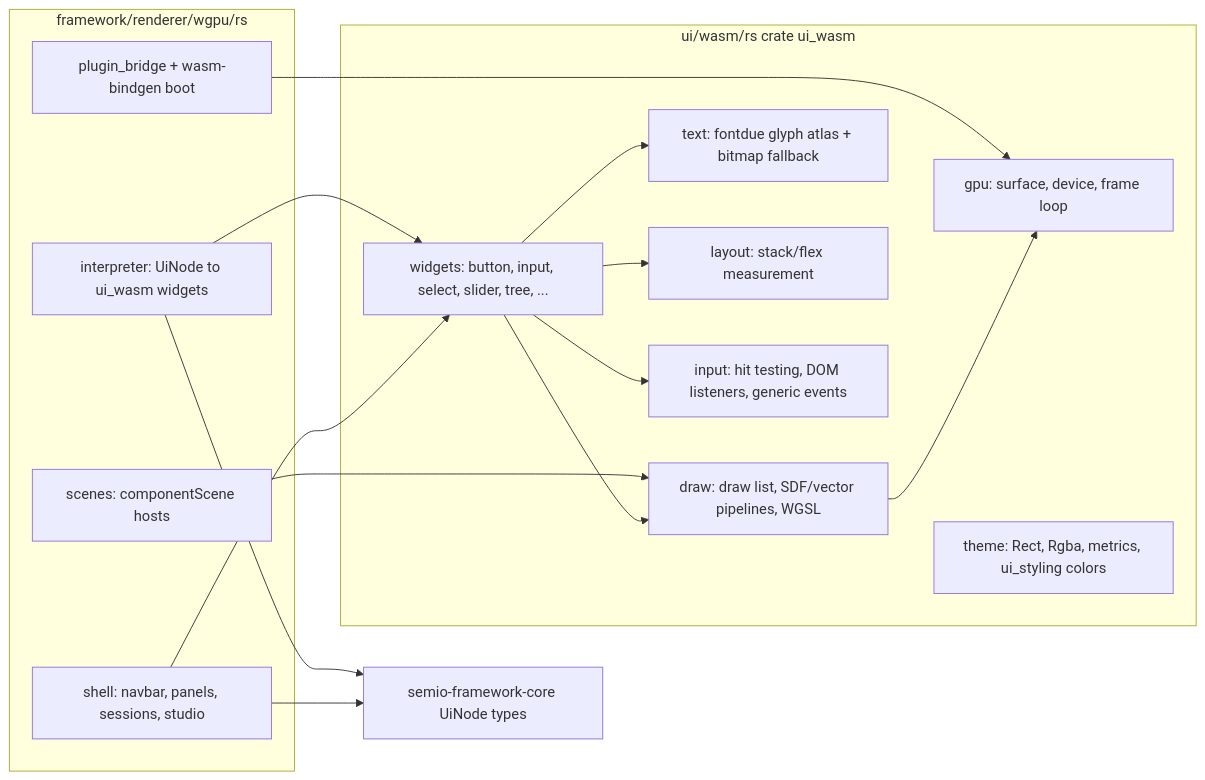
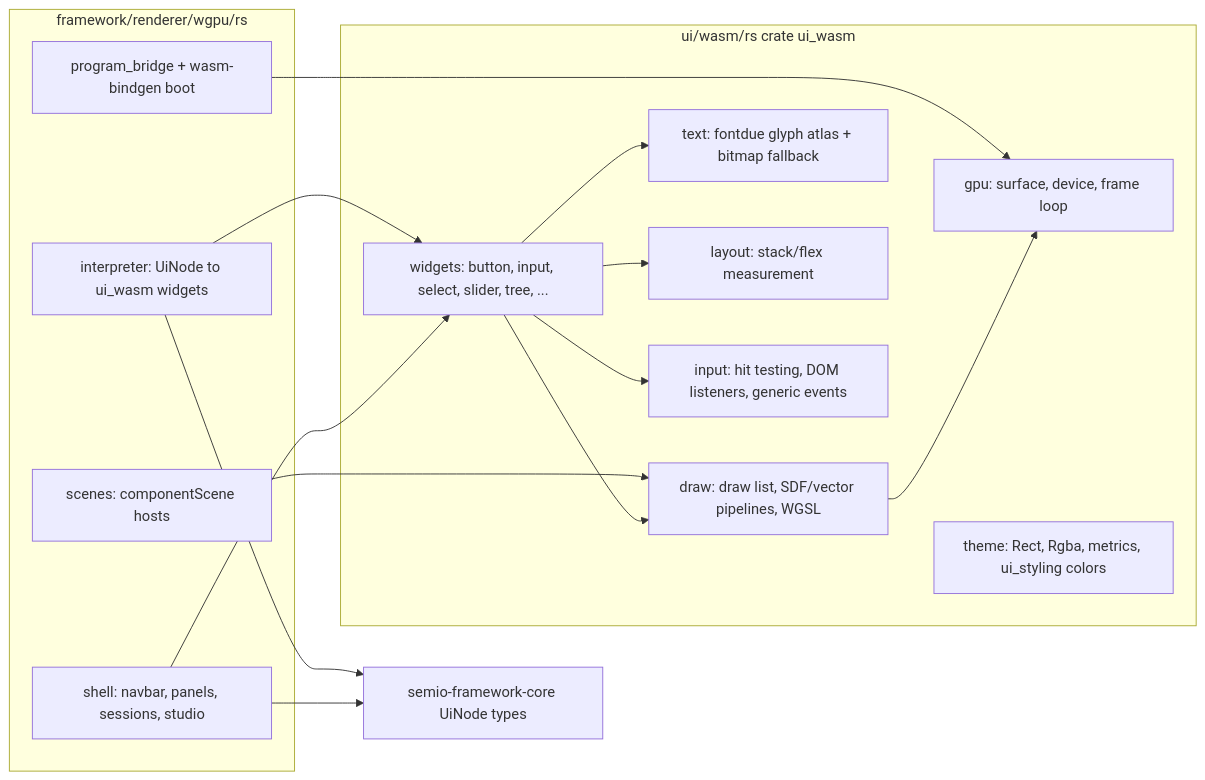
Before and after one commit to usalu/semio: the diagram in .cursor/plans/extract_ui_wasm_toolkit_17edd2e4.plan.md, drawn with Mermaid. The commit also changed other lines of this file and 1361 other files, not shown here.

````diff
--- a/.cursor/plans/extract_ui_wasm_toolkit_17edd2e4.plan.md
+++ b/.cursor/plans/extract_ui_wasm_toolkit_17edd2e4.plan.md
@@ -39,31 +39,31 @@
 ```mermaid
 flowchart LR
   subgraph uiWasm [ui/wasm/rs crate ui_wasm]
     Gpu["gpu: surface, device, frame loop"]
     Draw["draw: draw list, SDF/vector pipelines, WGSL"]
     Text["text: fontdue glyph atlas + bitmap fallback"]
     Layout["layout: stack/flex measurement"]
     Input["input: hit testing, DOM listeners, generic events"]
     Widgets["widgets: button, input, select, slider, tree, ..."]
     Theme["theme: Rect, Rgba, metrics, ui_styling colors"]
   end
   subgraph fwWgpu [framework/renderer/wgpu/rs]
     Interp["interpreter: UiNode to ui_wasm widgets"]
     Scenes["scenes: componentScene hosts"]
     OsShell["shell: navbar, panels, sessions, studio"]
-    Bridge["plugin_bridge + wasm-bindgen boot"]
+    Bridge["program_bridge + wasm-bindgen boot"]
   end
   CoreRs["semio-framework-core UiNode types"]
 
   Interp --> Widgets
   Scenes --> Draw
   OsShell --> Widgets
   Bridge --> Gpu
   Interp --> CoreRs
   OsShell --> CoreRs
   Widgets --> Draw
   Widgets --> Text
   Widgets --> Layout
   Widgets --> Input
   Draw --> Gpu
 ```
````
